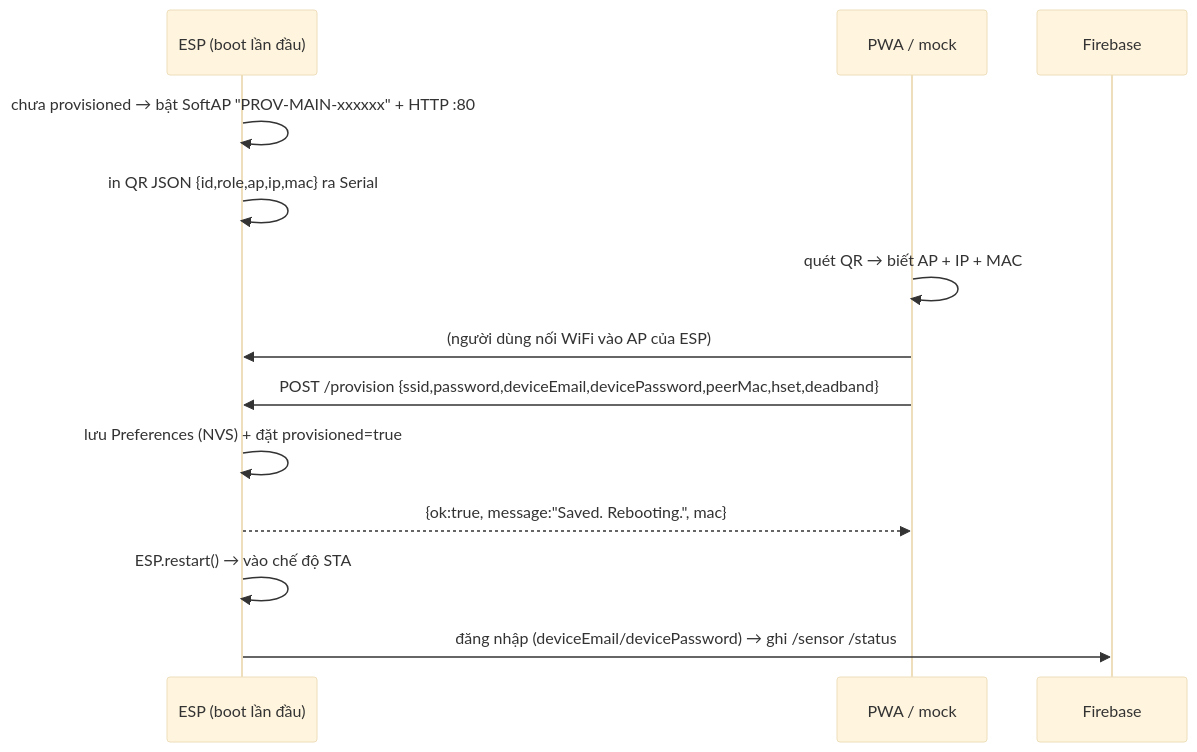
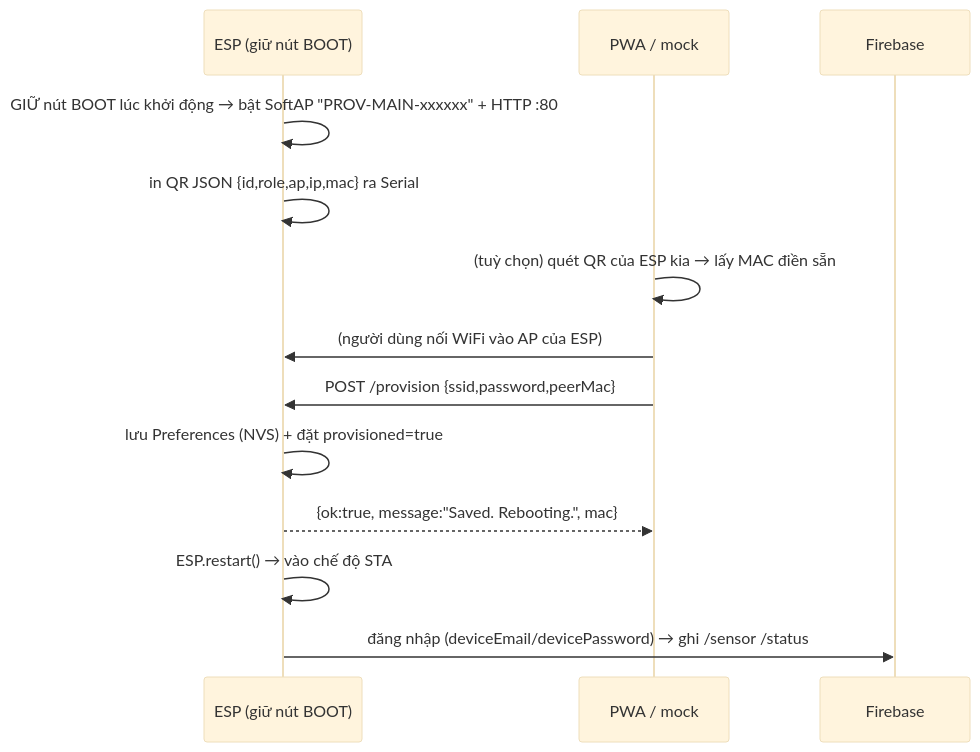
Before and after one commit to 2591317-student/smart-humidity-iot: the fourth of 5 diagrams in docs/ARCHITECTURE.md, drawn with Mermaid (base theme). The commit also changed other lines of this file and 18 other files, not shown here.

````diff
--- a/docs/ARCHITECTURE.md
+++ b/docs/ARCHITECTURE.md
@@ -123,16 +123,16 @@
 ```mermaid
 sequenceDiagram
-    participant ESP as ESP (boot lần đầu)
+    participant ESP as ESP (giữ nút BOOT)
     participant PWA as PWA / mock
     participant FB as Firebase
 
-    ESP->>ESP: chưa provisioned → bật SoftAP "PROV-MAIN-xxxxxx" + HTTP :80
+    ESP->>ESP: GIỮ nút BOOT lúc khởi động → bật SoftAP "PROV-MAIN-xxxxxx" + HTTP :80
     ESP->>ESP: in QR JSON {id,role,ap,ip,mac} ra Serial
-    PWA->>PWA: quét QR → biết AP + IP + MAC
+    PWA->>PWA: (tuỳ chọn) quét QR của ESP kia → lấy MAC điền sẵn
     PWA->>ESP: (người dùng nối WiFi vào AP của ESP)
-    PWA->>ESP: POST /provision {ssid,password,deviceEmail,devicePassword,peerMac,hset,deadband}
+    PWA->>ESP: POST /provision {ssid,password,peerMac}
     ESP->>ESP: lưu Preferences (NVS) + đặt provisioned=true
     ESP-->>PWA: {ok:true, message:"Saved. Rebooting.", mac}
     ESP->>ESP: ESP.restart() → vào chế độ STA
     ESP->>FB: đăng nhập (deviceEmail/devicePassword) → ghi /sensor /status
 ```
````
